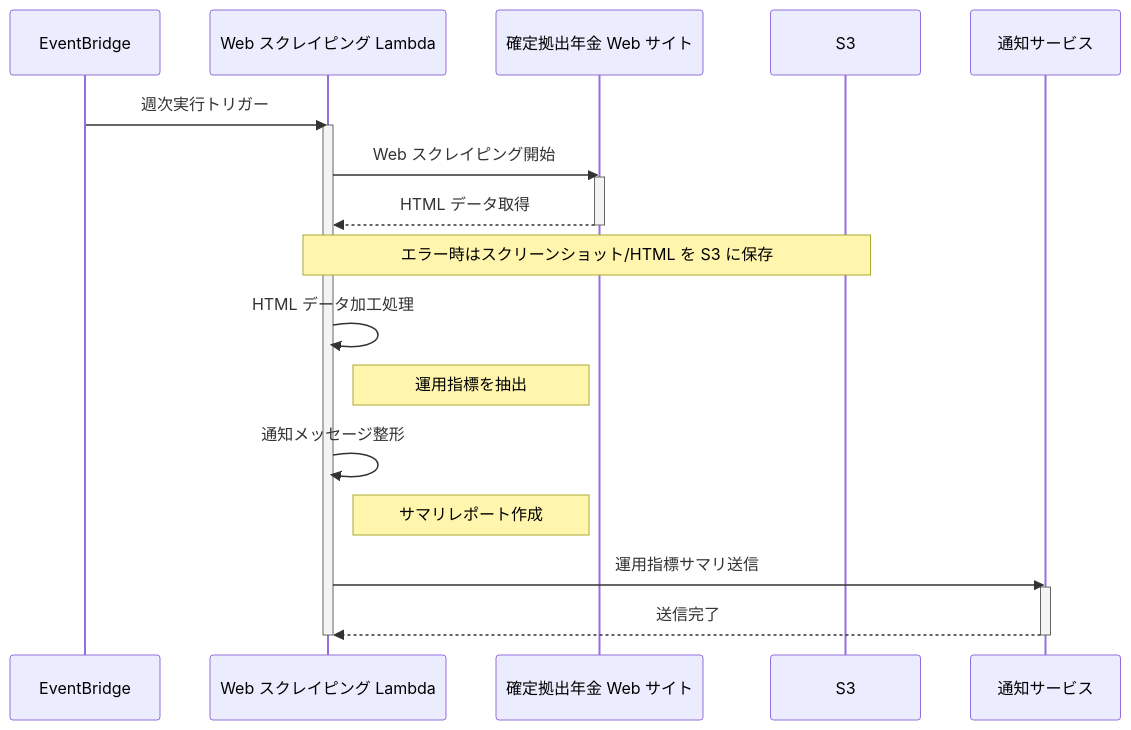
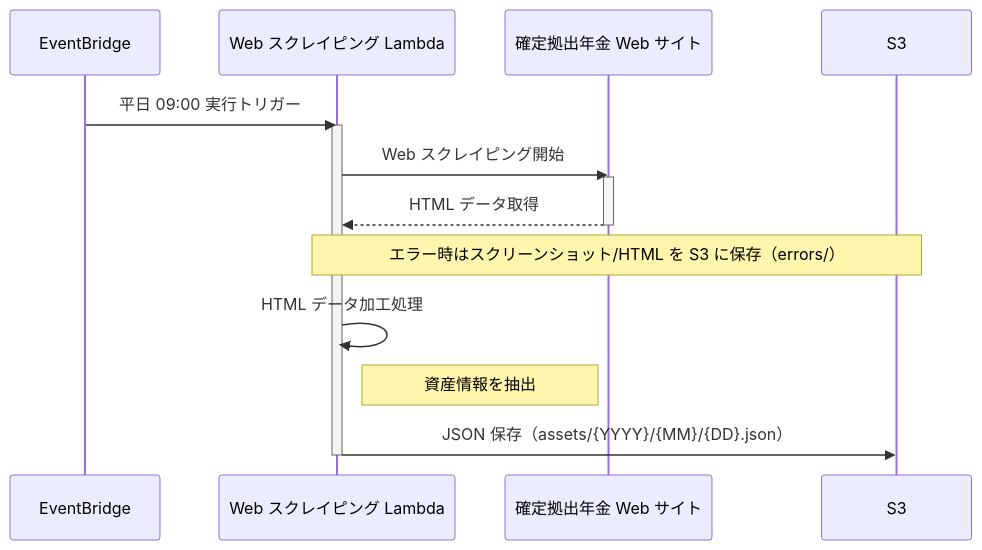
One commit to kamaD-y/dcp-ops-monitor changed the diagram in lambda/web-scraping/README.md. Above: the diagram before and after it, drawn with Mermaid. The commit also changed other lines of this file and 1 other file, not shown here.

Commit message:
docs: web-scraping 責務変更に伴う README と CLAUDE.md 更新
- CLAUDE.md: プロジェクト概要を週次通知から平日 S3 蓄積に変更
- web-scraping/README.md:
  - 概要を平日実行・S3 保存に変更
  - シーケンス図から通知サービスを削除、S3 保存を追加
  - 環境変数から LINE_MESSAGE_PARAMETER_NAME を削除
  - docker-compose 実行手順から LINE 関連を削除

````diff
--- a/lambda/web-scraping/README.md
+++ b/lambda/web-scraping/README.md
@@ -18,29 +17,22 @@
 ```mermaid
 sequenceDiagram
     participant EventBridge as EventBridge
     participant Scraping as Web スクレイピング Lambda
     participant Web as 確定拠出年金 Web サイト
     participant S3 as S3
-    participant Notify as 通知サービス
 
-    EventBridge->>Scraping: 週次実行トリガー
+    EventBridge->>Scraping: 平日 09:00 実行トリガー
     activate Scraping
 
     Scraping->>Web: Web スクレイピング開始
     activate Web
     Web-->>Scraping: HTML データ取得
     deactivate Web
-    Note over Scraping,S3: エラー時はスクリーンショット/HTML を S3 に保存
+    Note over Scraping,S3: エラー時はスクリーンショット/HTML を S3 に保存（errors/）
 
     Scraping->>Scraping: HTML データ加工処理
-    Note right of Scraping: 運用指標を抽出
+    Note right of Scraping: 資産情報を抽出
 
-    Scraping->>Scraping: 通知メッセージ整形
-    Note right of Scraping: サマリレポート作成
-
-    Scraping->>Notify: 運用指標サマリ送信
-    activate Notify
-    Notify-->>Scraping: 送信完了
-    deactivate Notify
+    Scraping->>S3: JSON 保存（assets/{YYYY}/{MM}/{DD}.json）
     deactivate Scraping
 ```
````
